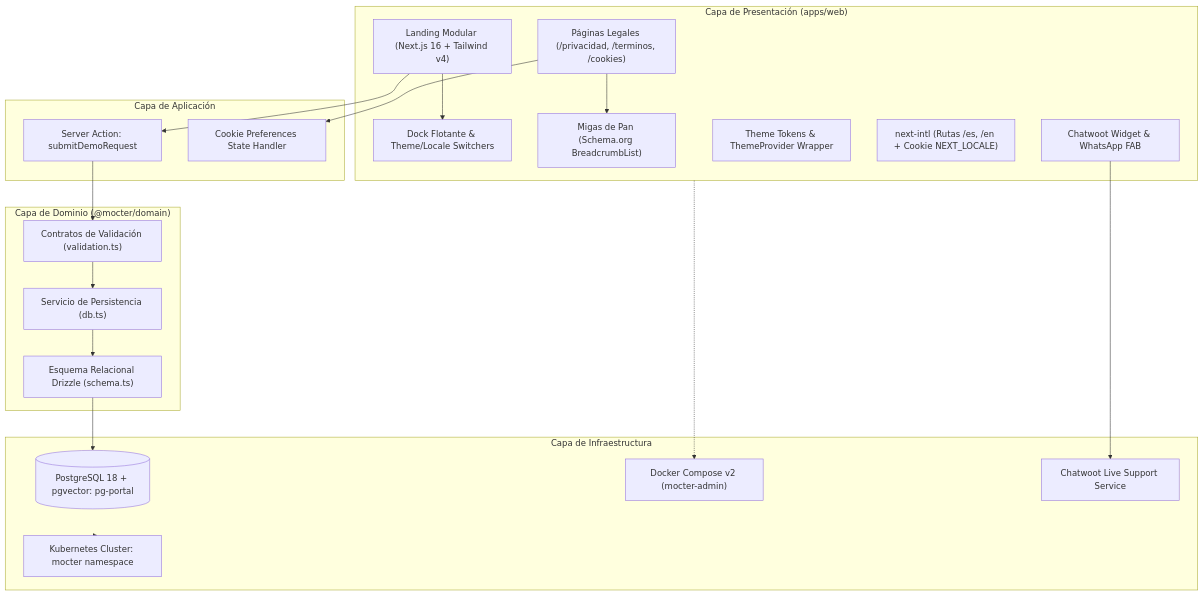
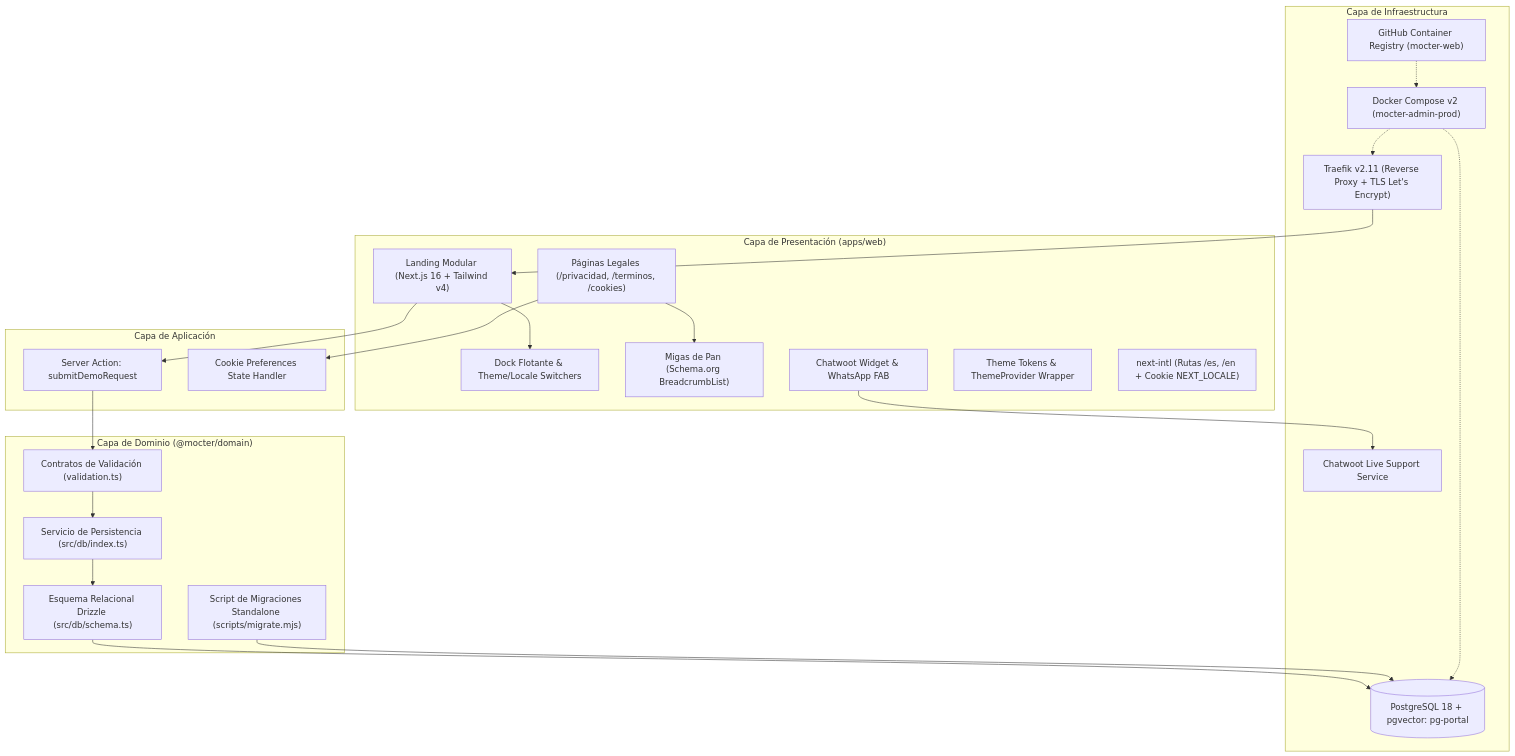
Before and after one commit to EnuarRosales/landig-agencia: the diagram in ESTADO_TECNICO_ACTUAL.md, drawn with Mermaid. The commit also changed other lines of this file and 29 other files, not shown here.

First line of the commit message:
feat(architecture): standardize drizzle domain structure and implement continuous deployment suite CD-001

````diff
--- a/ESTADO_TECNICO_ACTUAL.md
+++ b/ESTADO_TECNICO_ACTUAL.md
@@ -119,42 +150,47 @@
 ```mermaid
 flowchart TD
     subgraph Presentation["Capa de Presentación (apps/web)"]
         UI["Landing Modular (Next.js 16 + Tailwind v4)"]
         Nav["Dock Flotante & Theme/Locale Switchers"]
         Legal["Páginas Legales (/privacidad, /terminos, /cookies)"]
         Breadcrumbs["Migas de Pan (Schema.org BreadcrumbList)"]
         Chat["Chatwoot Widget & WhatsApp FAB"]
         Theme["Theme Tokens & ThemeProvider Wrapper"]
         i18n["next-intl (Rutas /es, /en + Cookie NEXT_LOCALE)"]
     end
 
     subgraph AppLogic["Capa de Aplicación"]
         Action["Server Action: submitDemoRequest"]
         CookiesAction["Cookie Preferences State Handler"]
     end
 
     subgraph Domain["Capa de Dominio (@mocter/domain)"]
         ZodSchema["Contratos de Validación (validation.ts)"]
-        DBService["Servicio de Persistencia (db.ts)"]
-        DrizzleSchema["Esquema Relacional Drizzle (schema.ts)"]
+        DBService["Servicio de Persistencia (src/db/index.ts)"]
+        DrizzleSchema["Esquema Relacional Drizzle (src/db/schema.ts)"]
+        Migrator["Script de Migraciones Standalone (scripts/migrate.mjs)"]
     end
 
     subgraph Infrastructure["Capa de Infraestructura"]
+        Traefik["Traefik v2.11 (Reverse Proxy + TLS Let's Encrypt)"]
         PG[(PostgreSQL 18 + pgvector: pg-portal)]
-        Docker["Docker Compose v2 (mocter-admin)"]
-        K8s["Kubernetes Cluster: mocter namespace"]
+        Docker["Docker Compose v2 (mocter-admin-prod)"]
+        GHCR["GitHub Container Registry (mocter-web)"]
         ChatwootSvc["Chatwoot Live Support Service"]
     end
 
+    Traefik --> UI
     UI --> Nav
     UI --> Action
     Legal --> Breadcrumbs
     Legal --> CookiesAction
     Action --> ZodSchema
     ZodSchema --> DBService
     DBService --> DrizzleSchema
     DrizzleSchema --> PG
+    Migrator --> PG
     Chat --> ChatwootSvc
-    Presentation -.-> Docker
-    Infrastructure -.-> K8s
+    Docker -.-> Traefik
+    Docker -.-> PG
+    GHCR -.-> Docker
 ```
````
